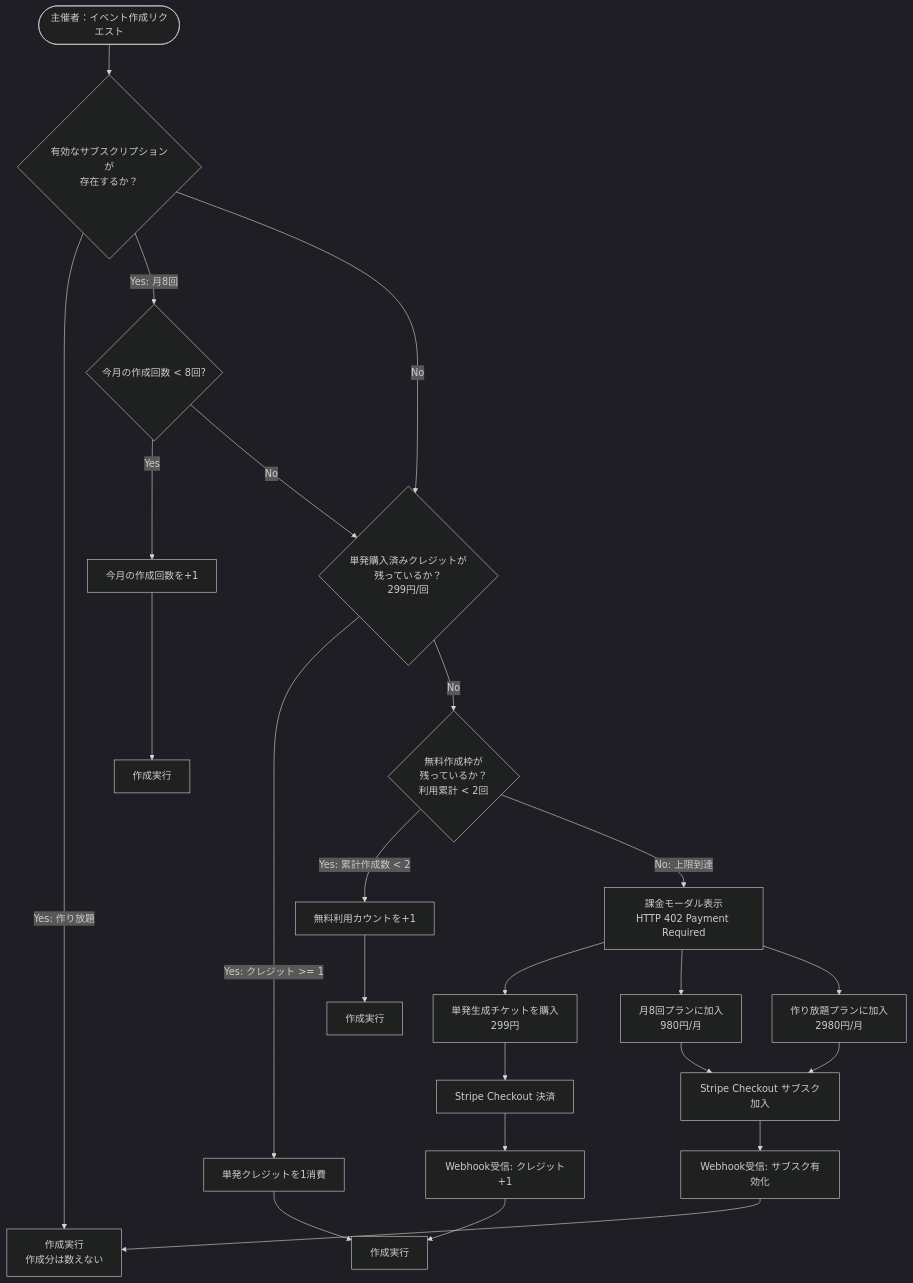
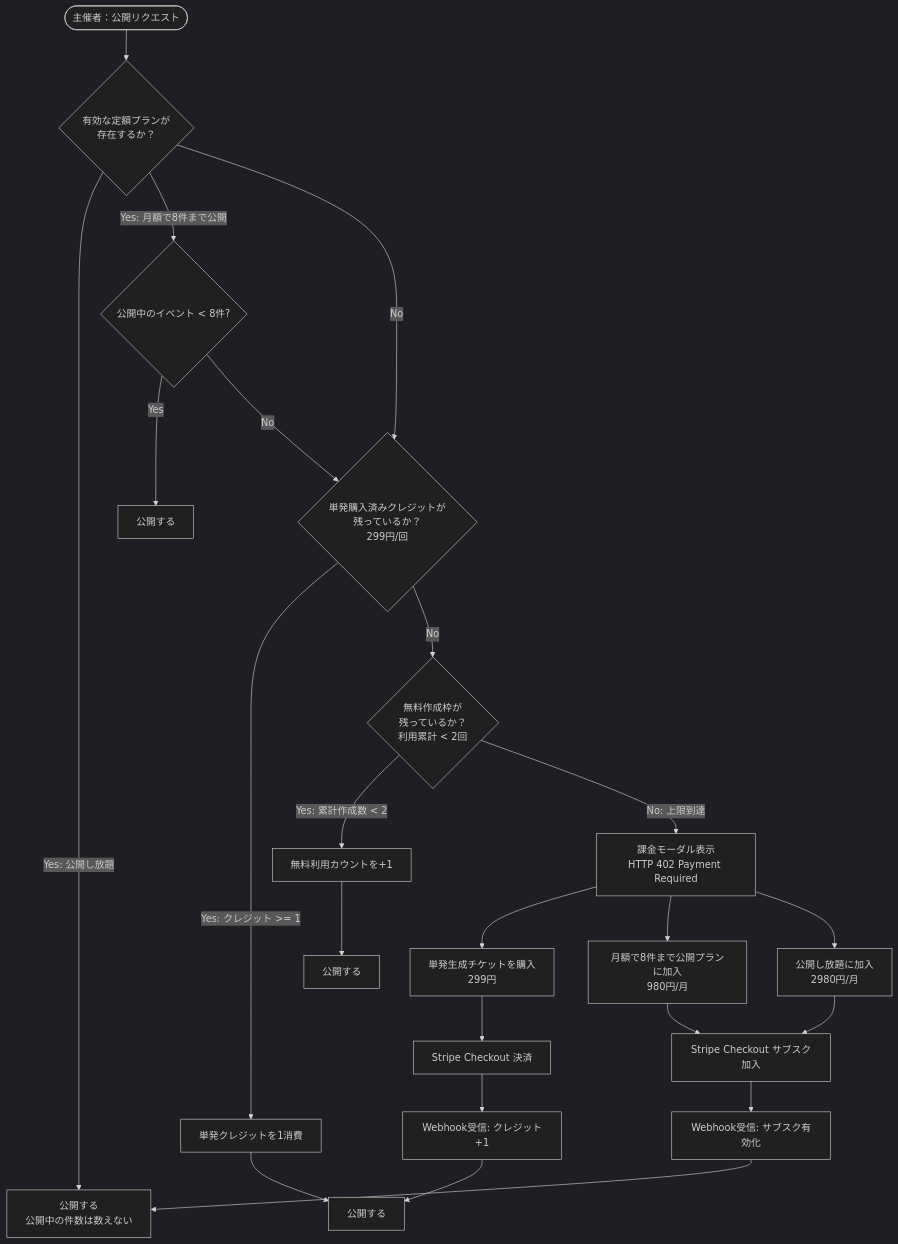
The second of 2 diagrams in docs/billing_and_quota_planning_requirements.md (HirofumiSato/EventKreater), drawn with Mermaid (dark theme) before and after one commit. The commit also changed other lines of this file and 77 other files, not shown here.

````diff
--- a/docs/billing_and_quota_planning_requirements.md
+++ b/docs/billing_and_quota_planning_requirements.md
@@ -63,21 +76,21 @@
 ```mermaid
 flowchart TD
-    Start([主催者：イベント作成リクエスト]) --> CheckSub{有効なサブスクリプションが<br>存在するか？}
-    CheckSub -- Yes: 作り放題 --> ExecuteSub[作成実行<br>作成分は数えない]
-    CheckSub -- Yes: 月8回 --> CheckMonth{今月の作成回数 < 8回?}
-    CheckMonth -- Yes --> IncMonth[今月の作成回数を+1] --> ExecuteSub8[作成実行]
-    CheckMonth -- No --> CheckCredit
+    Start([主催者：公開リクエスト]) --> CheckSub{有効な定額プランが<br>存在するか？}
+    CheckSub -- Yes: 公開し放題 --> ExecuteSub[公開する<br>公開中の件数は数えない]
+    CheckSub -- Yes: 月額で8件まで公開 --> CheckSlots{公開中のイベント < 8件?}
+    CheckSlots -- Yes --> ExecuteSub8[公開する]
+    CheckSlots -- No --> CheckCredit
     CheckSub -- No --> CheckCredit{単発購入済みクレジットが<br>残っているか？<br>299円/回}
-    CheckCredit -- Yes: クレジット >= 1 --> ConsumeCredit[単発クレジットを1消費] --> ExecuteCredit[作成実行]
+    CheckCredit -- Yes: クレジット >= 1 --> ConsumeCredit[単発クレジットを1消費] --> ExecuteCredit[公開する]
     CheckCredit -- No --> CheckFree{無料作成枠が<br>残っているか？<br>利用累計 < 2回}
-    CheckFree -- Yes: 累計作成数 < 2 --> IncrementFree[無料利用カウントを+1] --> ExecuteFree[作成実行]
+    CheckFree -- Yes: 累計作成数 < 2 --> IncrementFree[無料利用カウントを+1] --> ExecuteFree[公開する]
     CheckFree -- No: 上限到達 --> ShowModal[課金モーダル表示<br>HTTP 402 Payment Required]
     ShowModal --> Choice1[単発生成チケットを購入<br>299円]
-    ShowModal --> Choice2[月8回プランに加入<br>980円/月]
-    ShowModal --> Choice3[作り放題プランに加入<br>2980円/月]
+    ShowModal --> Choice2[月額で8件まで公開プランに加入<br>980円/月]
+    ShowModal --> Choice3[公開し放題に加入<br>2980円/月]
     Choice1 --> StripePay1[Stripe Checkout 決済]
     Choice2 --> StripePay2[Stripe Checkout サブスク加入]
     Choice3 --> StripePay2
     StripePay1 --> Webhook1[Webhook受信: クレジット+1] --> ExecuteCredit
     StripePay2 --> Webhook2[Webhook受信: サブスク有効化] --> ExecuteSub
 ```
````
